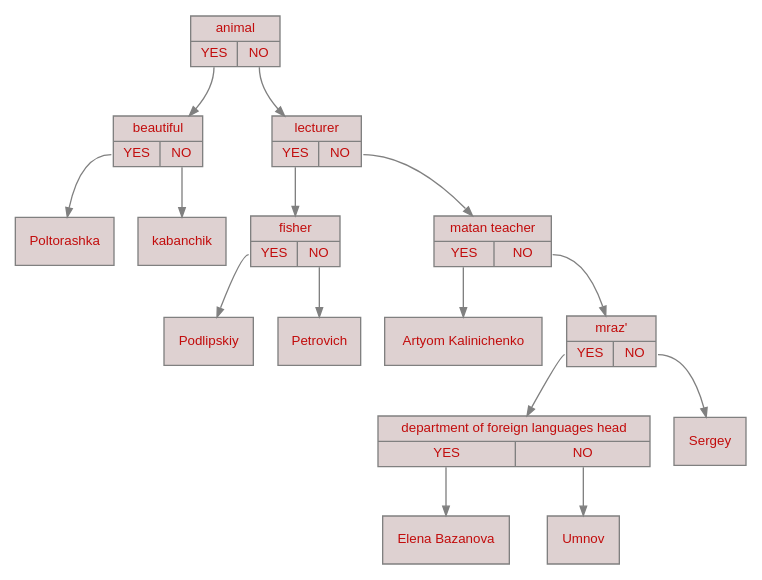
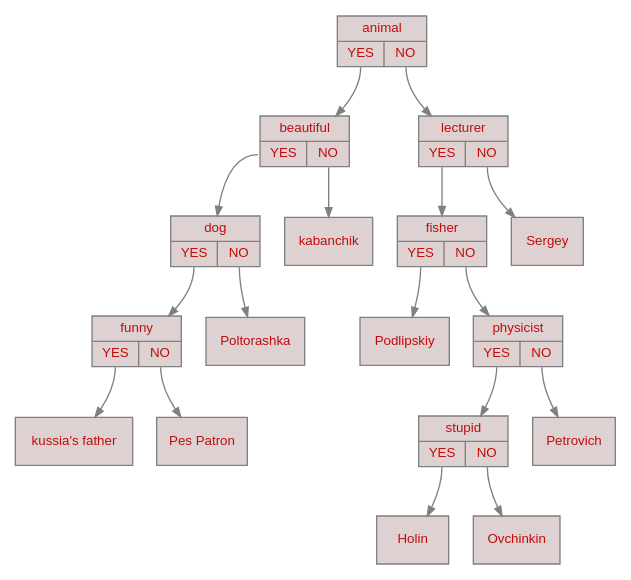
One commit to Sergey3G/Task-4-Akinator changed the diagram in list.gv. Above: the diagram before and after it, drawn with Graphviz. The commit also changed 5 other files, not shown here.

```diff
--- a/list.gv
+++ b/list.gv
@@ -1,35 +1,39 @@
 digraph G {
   bgcolor="#ffffffff";
   node [shape=record, fontname="Helvetica", fontsize=10, style=filled, fillcolor="#ded1d1ff", fontcolor="#c20c0cff", color=gray];
   edge [arrowsize=0.7, color=gray];
 
   node0 [label="{ animal | {<yes> YES | <no >NO}}"];
   node1 [label="{ beautiful | {<yes> YES | <no >NO}}"];
-  node2 [label="{ Poltorashka }"];
+  node2 [label="{ dog | {<yes> YES | <no >NO}}"];
+  node3 [label="{ funny | {<yes> YES | <no >NO}}"];
+  node4 [label="{ kussia's father }"];
+  node3:yes -> node4;
+  node5 [label="{ Pes Patron }"];
+  node3:no -> node5;
+  node2:yes -> node3;
+  node6 [label="{ Poltorashka }"];
+  node2:no -> node6;
   node1:yes -> node2;
-  node3 [label="{ kabanchik }"];
-  node1:no -> node3;
+  node7 [label="{ kabanchik }"];
+  node1:no -> node7;
   node0:yes -> node1;
-  node4 [label="{ lecturer | {<yes> YES | <no >NO}}"];
-  node5 [label="{ fisher | {<yes> YES | <no >NO}}"];
-  node6 [label="{ Podlipskiy }"];
-  node5:yes -> node6;
-  node7 [label="{ Petrovich }"];
-  node5:no -> node7;
-  node4:yes -> node5;
-  node8 [label="{ matan teacher | {<yes> YES | <no >NO}}"];
-  node9 [label="{ Artyom Kalinichenko }"];
+  node8 [label="{ lecturer | {<yes> YES | <no >NO}}"];
+  node9 [label="{ fisher | {<yes> YES | <no >NO}}"];
+  node10 [label="{ Podlipskiy }"];
+  node9:yes -> node10;
+  node11 [label="{ physicist | {<yes> YES | <no >NO}}"];
+  node12 [label="{ stupid | {<yes> YES | <no >NO}}"];
+  node13 [label="{ Holin }"];
+  node12:yes -> node13;
+  node14 [label="{ Ovchinkin }"];
+  node12:no -> node14;
+  node11:yes -> node12;
+  node15 [label="{ Petrovich }"];
+  node11:no -> node15;
+  node9:no -> node11;
   node8:yes -> node9;
-  node10 [label="{ mraz' | {<yes> YES | <no >NO}}"];
-  node11 [label="{ department of foreign languages head | {<yes> YES | <no >NO}}"];
-  node12 [label="{ Elena Bazanova }"];
-  node11:yes -> node12;
-  node13 [label="{ Umnov }"];
-  node11:no -> node13;
-  node10:yes -> node11;
-  node14 [label="{ Sergey }"];
-  node10:no -> node14;
-  node8:no -> node10;
-  node4:no -> node8;
-  node0:no -> node4;
+  node16 [label="{ Sergey }"];
+  node8:no -> node16;
+  node0:no -> node8;
 }
```
